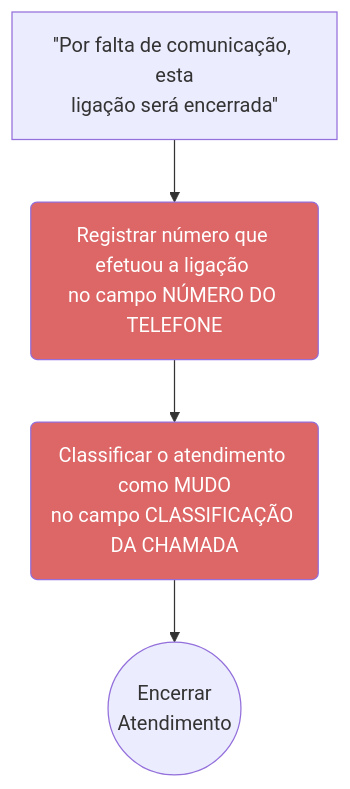
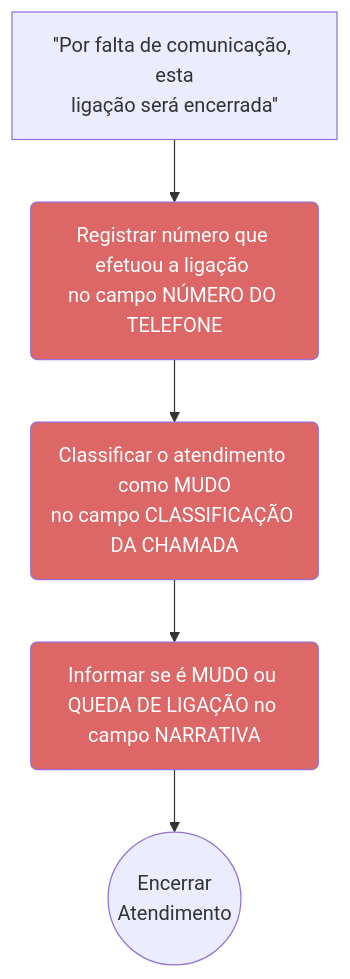
The second of 5 diagrams in docs/index.mdx (winstein27/protocolo-193), drawn with Mermaid before and after one commit.

Commit message:
Inserido Queda de Ligação

````diff
--- a/docs/index.mdx
+++ b/docs/index.mdx
@@ -55,9 +55,10 @@
 ```mermaid
 graph TD
     B["''Por falta de comunicação, esta\nligação será encerrada''"] --> C(Registrar número que efetuou a ligação \nno campo NÚMERO DO TELEFONE):::atendente
     C --> D(Classificar o atendimento como MUDO\nno campo CLASSIFICAÇÃO DA CHAMADA):::atendente
-    D --> E((Encerrar\nAtendimento))
+    D --> E(Informar se é MUDO ou QUEDA DE LIGAÇÃO no campo NARRATIVA):::atendente
+    E --> F((Encerrar\nAtendimento))
 
     classDef atendente fill:#d66, color:#fff
     classDef link fill:#33d, color:#fff
 ``` 
````
